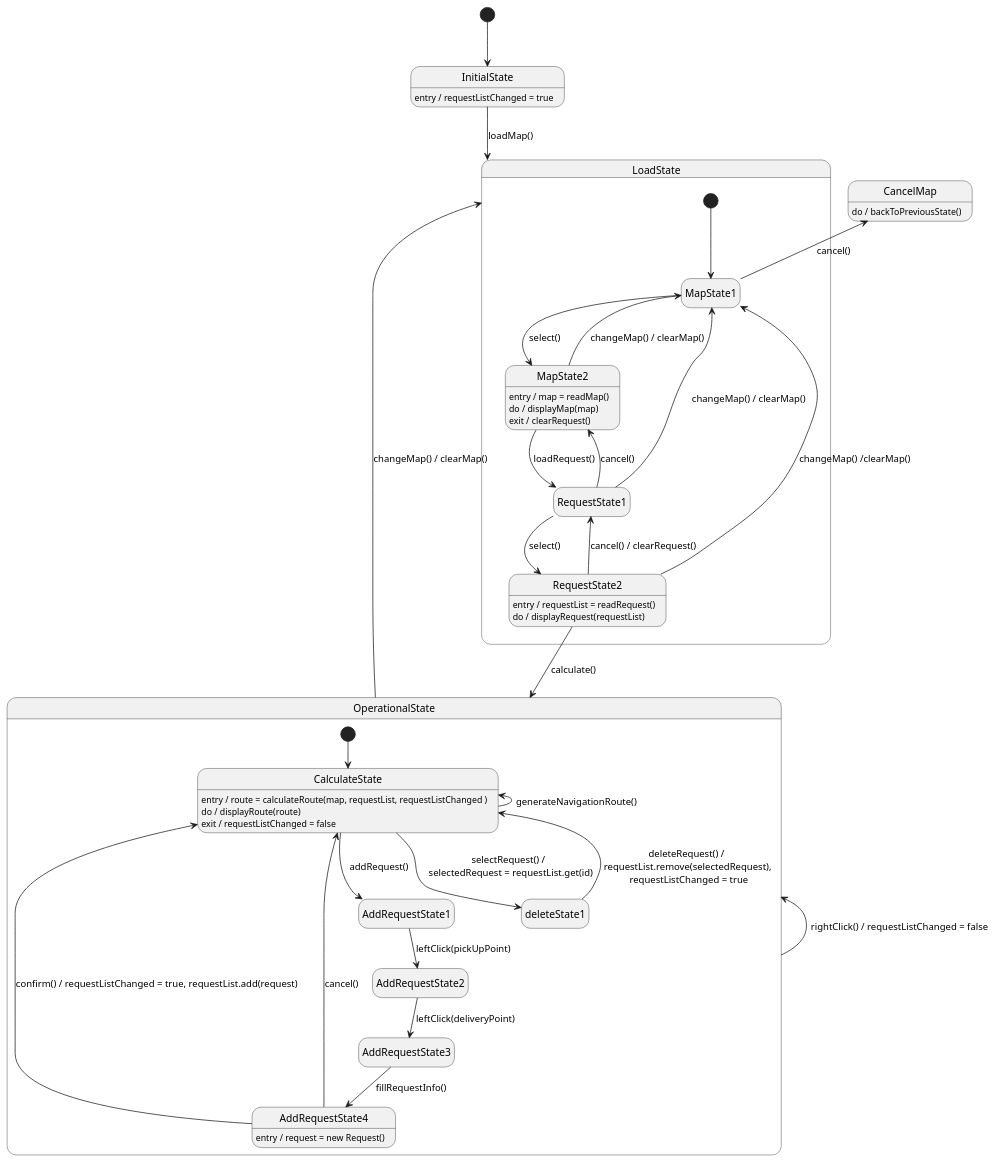
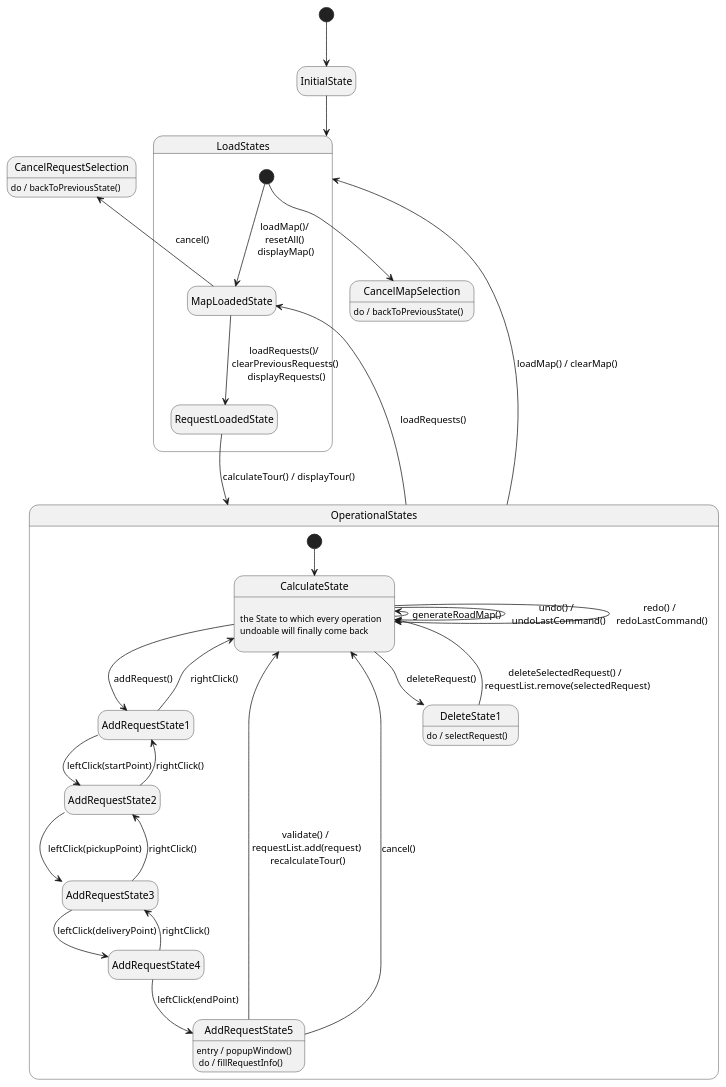
The diagram in src/documentation/StateChart.puml (Karlenkko/Agile-OnErrand), drawn with PlantUML before and after one commit.

Commit message:
docs(statechart): update StateChart.puml for coherence with the refactored code

```diff
--- a/src/documentation/StateChart.puml
+++ b/src/documentation/StateChart.puml
@@ -1,63 +1,56 @@
 @startuml
 hide empty description
 
 [*] -down-> InitialState
-InitialState -down-> LoadState : loadMap()
+InitialState -down-> LoadStates
+'InitialState : entry / requestListChanged = true
 
-InitialState : entry / requestListChanged = true
+state CancelMapSelection
+CancelMapSelection : do / backToPreviousState()
 
-state CancelMap
-CancelMap : do / backToPreviousState()
 
-state LoadState {
-    [*] -down-> MapState1
+state CancelRequestSelection
+CancelRequestSelection : do / backToPreviousState()
+
+state LoadStates {
+    [*] -down-> CancelMapSelection
+    [*] -down-> MapLoadedState : loadMap()/\n resetAll() \n displayMap()
 '    MapState1 : entry / isLoaded = isLoaded()
 
-    MapState1 -right-> MapState2 : select()
-    MapState1 -up-> CancelMap : cancel()
-    MapState2 : entry / map = readMap()
-
-    MapState2 : do / displayMap(map)
-    MapState2 : exit / clearRequest()
-
-    MapState2 -up-> MapState1 : changeMap() / clearMap()
-
-    MapState2 -down-> RequestState1 : loadRequest()
-    RequestState1 -down-> RequestState2 : select()
-    RequestState1 -up-> MapState2 : cancel()
-    RequestState2 -up-> RequestState1 : cancel() / clearRequest()
-
-    RequestState1 -left-> MapState1 : changeMap() / clearMap()
-    RequestState2 -left-> MapState1 : changeMap() /clearMap()
-
-    RequestState2 : entry / requestList = readRequest()
-    RequestState2 : do / displayRequest(requestList)
+    MapLoadedState -down-> RequestLoadedState : loadRequests()/ \n clearPreviousRequests() \n displayRequests()
+    MapLoadedState -up-> CancelRequestSelection : cancel()
 }
 
 'CancelMap -up-> InitialState : [ !isLoaded ]
 'CancelMap -left-> MapState2 : [ isLoaded ]
 
-RequestState2 -down-> OperationalState : calculate()
+RequestLoadedState -down-> OperationalStates : calculateTour() / displayTour()
 
-OperationalState -up-> OperationalState : rightClick() / requestListChanged = false
-OperationalState -up-> LoadState : changeMap() / clearMap()
-state OperationalState {
+OperationalStates -up-> LoadStates : loadMap() / clearMap()
+OperationalStates -up-> MapLoadedState : loadRequests()
+state OperationalStates {
     [*] -down-> CalculateState
-    CalculateState : entry / route = calculateRoute(map, requestList, requestListChanged )
-    CalculateState : do / displayRoute(route)
-    CalculateState : exit / requestListChanged = false
 
+    CalculateState: \n the State to which every operation \n undoable will finally come back \n
     CalculateState -down-> AddRequestState1 : addRequest()
-    AddRequestState1 -down-> AddRequestState2 : leftClick(pickUpPoint)
-    AddRequestState2 -down-> AddRequestState3 : leftClick(deliveryPoint)
-    AddRequestState3 -down-> AddRequestState4 : fillRequestInfo()
-    AddRequestState4 : entry / request = new Request()
-    AddRequestState4 -left-> CalculateState : confirm() / requestListChanged = true, requestList.add(request)
-    AddRequestState4 -left->CalculateState : cancel()
+    AddRequestState1 -down-> AddRequestState2 : leftClick(startPoint)
+    AddRequestState2 -down-> AddRequestState3 : leftClick(pickupPoint)
+    AddRequestState3 -down-> AddRequestState4 : leftClick(deliveryPoint)
+    AddRequestState4 -down-> AddRequestState5 : leftClick(endPoint)
+    AddRequestState5 : entry / popupWindow() \n do / fillRequestInfo()
+    AddRequestState5 -left-> CalculateState : validate() / \n requestList.add(request) \n recalculateTour()
+    AddRequestState1 -up-> CalculateState : rightClick()
+    AddRequestState2 -up-> AddRequestState1 : rightClick()
+    AddRequestState3 -up-> AddRequestState2 : rightClick()
+    AddRequestState4 -up-> AddRequestState3 : rightClick()
+    AddRequestState5 -left-> CalculateState : cancel()
 
-    CalculateState -down-> deleteState1 : selectRequest() / \n selectedRequest = requestList.get(id)
-    deleteState1 -up-> CalculateState : deleteRequest() / \n requestList.remove(selectedRequest), \n requestListChanged = true
+    CalculateState -down-> DeleteState1 : deleteRequest()
+    DeleteState1 : do / selectRequest()
+    DeleteState1 -up-> CalculateState : deleteSelectedRequest() / \n requestList.remove(selectedRequest)
 
-    CalculateState -up-> CalculateState : generateNavigationRoute()
+    CalculateState -left-> CalculateState : generateRoadMap()
+    CalculateState -right-> CalculateState : undo() / \n undoLastCommand()
+    CalculateState -right-> CalculateState : redo() / \n redoLastCommand()
 }
 @enduml
```
